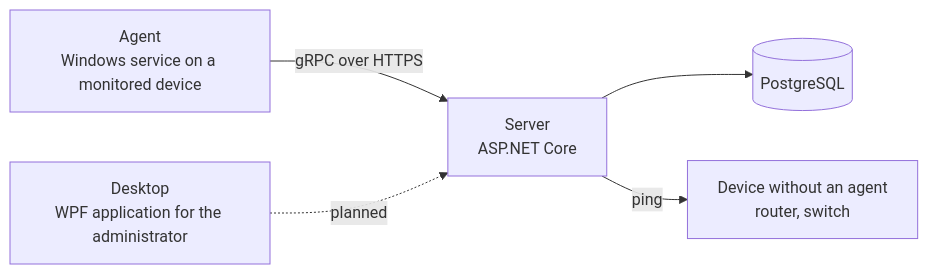
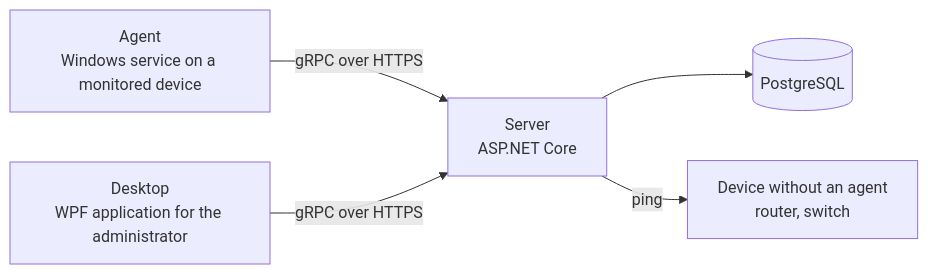
Before and after one commit to ondrejkocun/network_monitoring_and_management_system: the diagram in README.md, drawn with Mermaid. The commit also changed other lines of this file and 30 other files, not shown here.

````diff
--- a/README.md
+++ b/README.md
@@ -26,13 +27,13 @@
 ```mermaid
 flowchart LR
     Agent["Agent<br/>Windows service on a monitored device"]
     Server["Server<br/>ASP.NET Core"]
     Database[("PostgreSQL")]
     Desktop["Desktop<br/>WPF application for the administrator"]
     Agentless["Device without an agent<br/>router, switch"]
 
     Agent -- "gRPC over HTTPS" --> Server
     Server --> Database
-    Desktop -. planned .-> Server
+    Desktop -- "gRPC over HTTPS" --> Server
     Server -- ping --> Agentless
 ```
````
